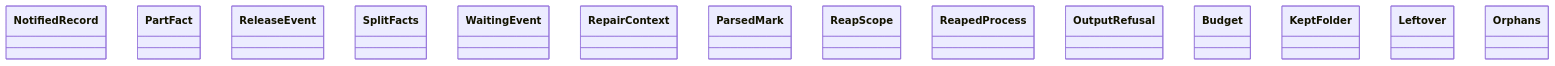
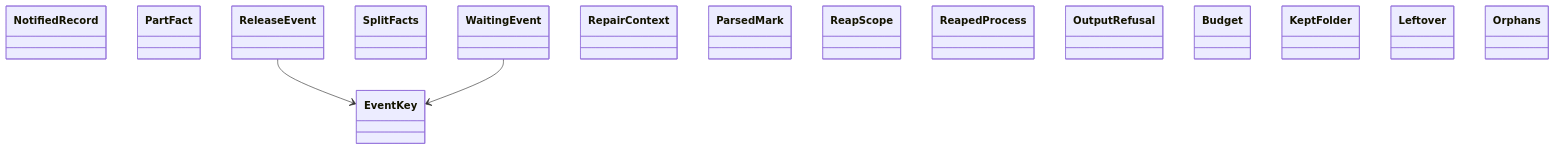
One commit to GonzaloZevallos/agentic-system changed the diagram in docs/architecture/generated/classes-process-domain-machine-2.md. Above: the diagram before and after it, drawn with Mermaid. The commit also changed other lines of this file and 7 other files, not shown here.

````diff
--- a/docs/architecture/generated/classes-process-domain-machine-2.md
+++ b/docs/architecture/generated/classes-process-domain-machine-2.md
@@ -33,17 +33,20 @@
 ```mermaid
 classDiagram
+    class notify__EventKey["EventKey"]
     class notify__NotifiedRecord["NotifiedRecord"]
     class notify__PartFact["PartFact"]
     class notify__ReleaseEvent["ReleaseEvent"]
     class notify__SplitFacts["SplitFacts"]
     class notify__WaitingEvent["WaitingEvent"]
     class output_repair__RepairContext["RepairContext"]
     class reaping__ParsedMark["ParsedMark"]
     class reaping__ReapScope["ReapScope"]
     class reaping__ReapedProcess["ReapedProcess"]
     class refusal__OutputRefusal["OutputRefusal"]
     class retakes__Budget["Budget"]
     class scratch__KeptFolder["KeptFolder"]
     class scratch__Leftover["Leftover"]
     class scratch__Orphans["Orphans"]
+    notify__ReleaseEvent --> notify__EventKey
+    notify__WaitingEvent --> notify__EventKey
 ```
````
